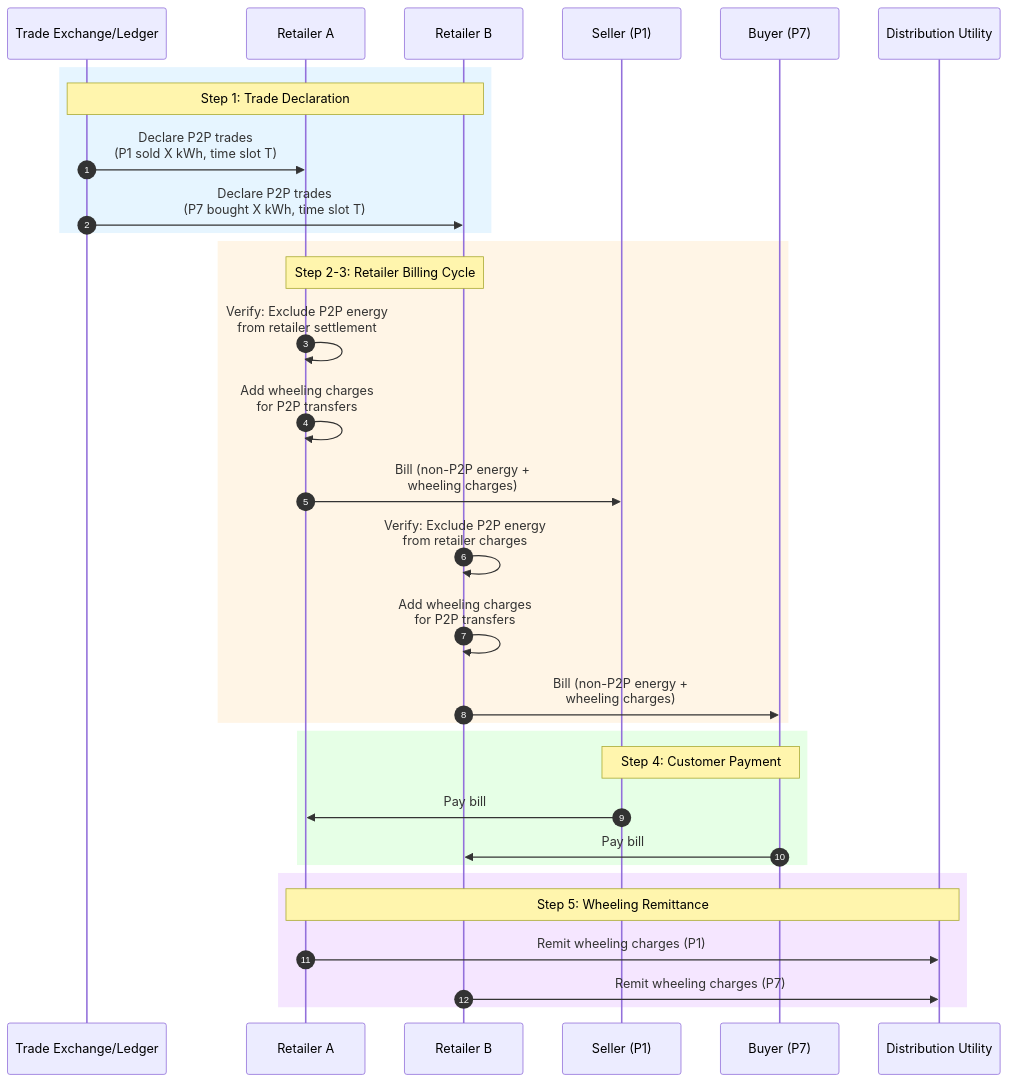
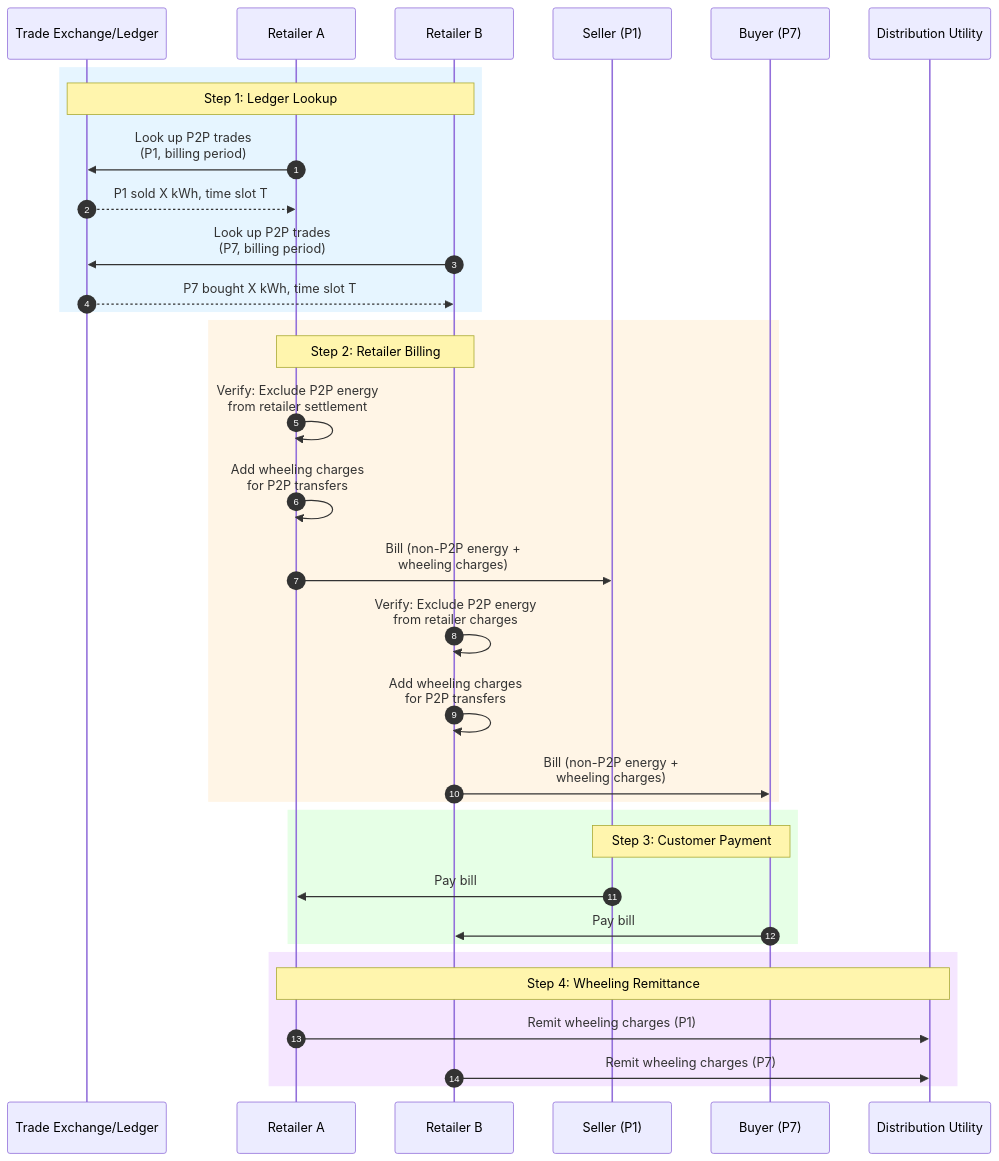
The tenth of 11 diagrams in docs/implementation-guides/v2/P2P_Trading/Inter_energy_retailer_P2P_trading_draft.md (Beckn-One/DEG), drawn with Mermaid before and after one commit. The commit also changed other lines of this file, not shown here.

````diff
--- a/docs/implementation-guides/v2/P2P_Trading/Inter_energy_retailer_P2P_trading_draft.md
+++ b/docs/implementation-guides/v2/P2P_Trading/Inter_energy_retailer_P2P_trading_draft.md
@@ -475,39 +465,41 @@
 ```mermaid
 sequenceDiagram
     autonumber
     participant TE as Trade Exchange/Ledger
     participant RA as Retailer A
     participant RB as Retailer B
     participant S as Seller (P1)
     participant B as Buyer (P7)
     participant DU as Distribution Utility
 
     rect rgb(230, 245, 255)
-    Note over TE,RB: Step 1: Trade Declaration
-    TE->>RA: Declare P2P trades<br/>(P1 sold X kWh, time slot T)
-    TE->>RB: Declare P2P trades<br/>(P7 bought X kWh, time slot T)
+    Note over TE,RB: Step 1: Ledger Lookup
+    RA->>TE: Look up P2P trades<br/>(P1, billing period)
+    TE-->>RA: P1 sold X kWh, time slot T
+    RB->>TE: Look up P2P trades<br/>(P7, billing period)
+    TE-->>RB: P7 bought X kWh, time slot T
     end
 
     rect rgb(255, 245, 230)
-    Note over RA,RB: Step 2-3: Retailer Billing Cycle
+    Note over RA,RB: Step 2: Retailer Billing
     RA->>RA: Verify: Exclude P2P energy<br/>from retailer settlement
     RA->>RA: Add wheeling charges<br/>for P2P transfers
     RA->>S: Bill (non-P2P energy +<br/>wheeling charges)
 
     RB->>RB: Verify: Exclude P2P energy<br/>from retailer charges
     RB->>RB: Add wheeling charges<br/>for P2P transfers
     RB->>B: Bill (non-P2P energy +<br/>wheeling charges)
     end
 
     rect rgb(230, 255, 230)
-    Note over S,B: Step 4: Customer Payment
+    Note over S,B: Step 3: Customer Payment
     S->>RA: Pay bill
     B->>RB: Pay bill
     end
 
     rect rgb(245, 230, 255)
-    Note over RA,DU: Step 5: Wheeling Remittance
+    Note over RA,DU: Step 4: Wheeling Remittance
     RA->>DU: Remit wheeling charges (P1)
     RB->>DU: Remit wheeling charges (P7)
     end
 ```
````
